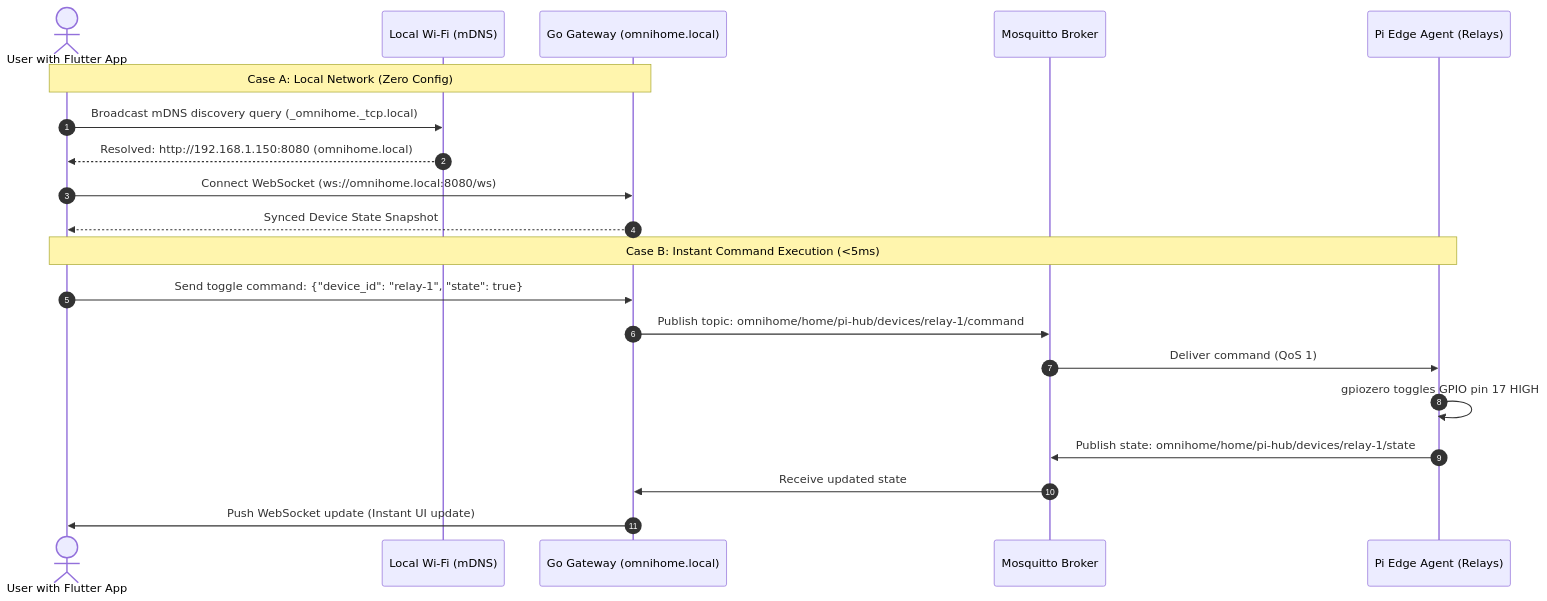
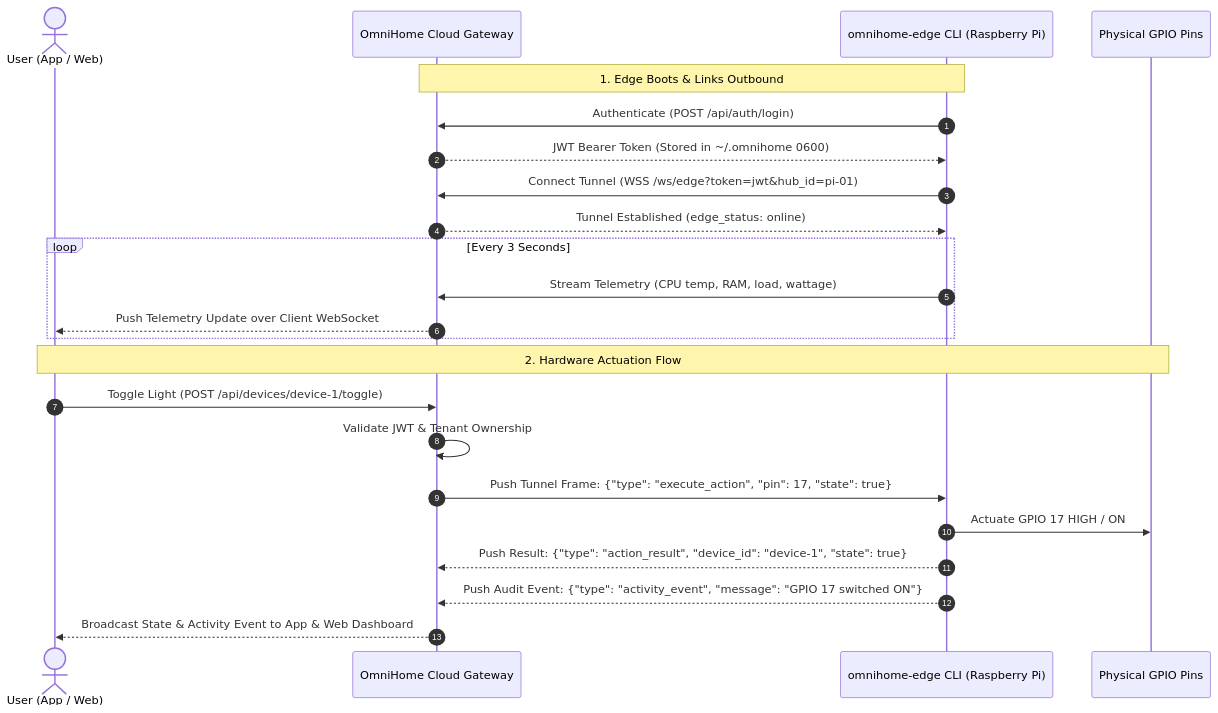
Before and after one commit to starfreck/Py-Home-Automation: the second of 2 diagrams in README.md, drawn with Mermaid. The commit also changed other lines of this file and 2 other files, not shown here.

Commit message:
docs: update architecture in README and refine flutter device card layout

````diff
--- a/README.md
+++ b/README.md
@@ -103,24 +94,28 @@
 ```mermaid
 sequenceDiagram
     autonumber
-    actor User as User with Flutter App
-    participant LAN as Local Wi-Fi (mDNS)
-    participant GW as Go Gateway (omnihome.local)
-    participant MQTT as Mosquitto Broker
-    participant Edge as Pi Edge Agent (Relays)
+    actor Tenant as User (App / Web)
+    participant Cloud as OmniHome Cloud Gateway
+    participant Edge as omnihome-edge CLI (Raspberry Pi)
+    participant GPIO as Physical GPIO Pins
 
-    Note over User, GW: Case A: Local Network (Zero Config)
-    User->>LAN: Broadcast mDNS discovery query (_omnihome._tcp.local)
-    LAN-->>User: Resolved: http://192.168.1.150:8080 (omnihome.local)
-    User->>GW: Connect WebSocket (ws://omnihome.local:8080/ws)
-    GW-->>User: Synced Device State Snapshot
+    Note over Edge, Cloud: 1. Edge Boots & Links Outbound
+    Edge->>Cloud: Authenticate (POST /api/auth/login)
+    Cloud-->>Edge: JWT Bearer Token (Stored in ~/.omnihome 0600)
+    Edge->>Cloud: Connect Tunnel (WSS /ws/edge?token=jwt&hub_id=pi-01)
+    Cloud-->>Edge: Tunnel Established (edge_status: online)
+    
+    loop Every 3 Seconds
+        Edge->>Cloud: Stream Telemetry (CPU temp, RAM, load, wattage)
+        Cloud-->>Tenant: Push Telemetry Update over Client WebSocket
+    end
 
-    Note over User, Edge: Case B: Instant Command Execution (<5ms)
-    User->>GW: Send toggle command: {"device_id": "relay-1", "state": true}
-    GW->>MQTT: Publish topic: omnihome/home/pi-hub/devices/relay-1/command
-    MQTT->>Edge: Deliver command (QoS 1)
-    Edge->>Edge: gpiozero toggles GPIO pin 17 HIGH
-    Edge->>MQTT: Publish state: omnihome/home/pi-hub/devices/relay-1/state
-    MQTT->>GW: Receive updated state
-    GW->>User: Push WebSocket update (Instant UI update)
+    Note over Tenant, GPIO: 2. Hardware Actuation Flow
+    Tenant->>Cloud: Toggle Light (POST /api/devices/device-1/toggle)
+    Cloud->>Cloud: Validate JWT & Tenant Ownership
+    Cloud->>Edge: Push Tunnel Frame: {"type": "execute_action", "pin": 17, "state": true}
+    Edge->>GPIO: Actuate GPIO 17 HIGH / ON
+    Edge-->>Cloud: Push Result: {"type": "action_result", "device_id": "device-1", "state": true}
+    Edge-->>Cloud: Push Audit Event: {"type": "activity_event", "message": "GPIO 17 switched ON"}
+    Cloud-->>Tenant: Broadcast State & Activity Event to App & Web Dashboard
 ```
````
